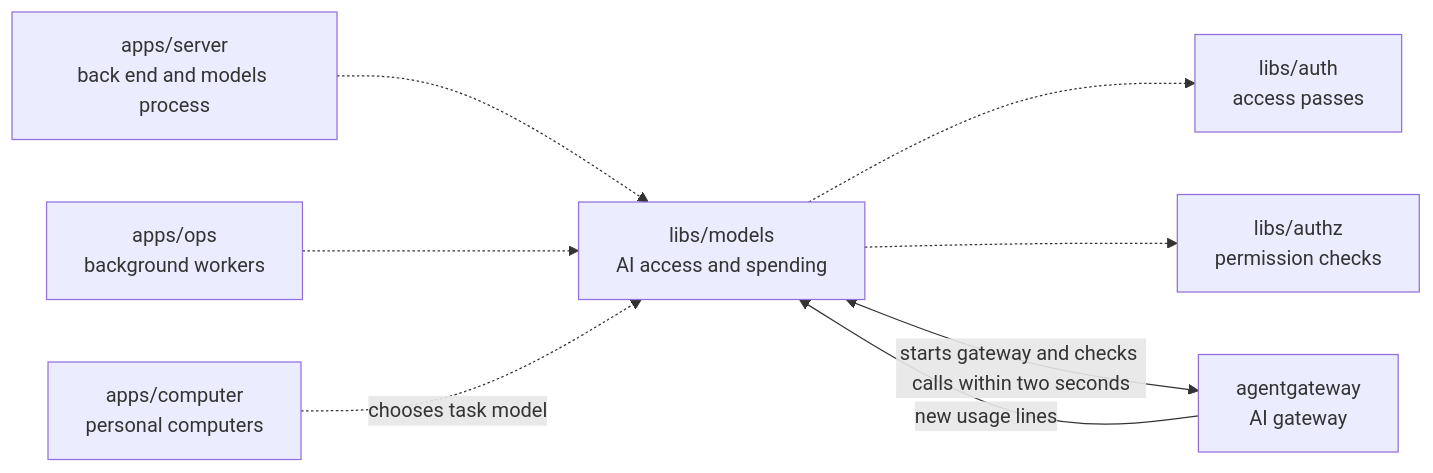
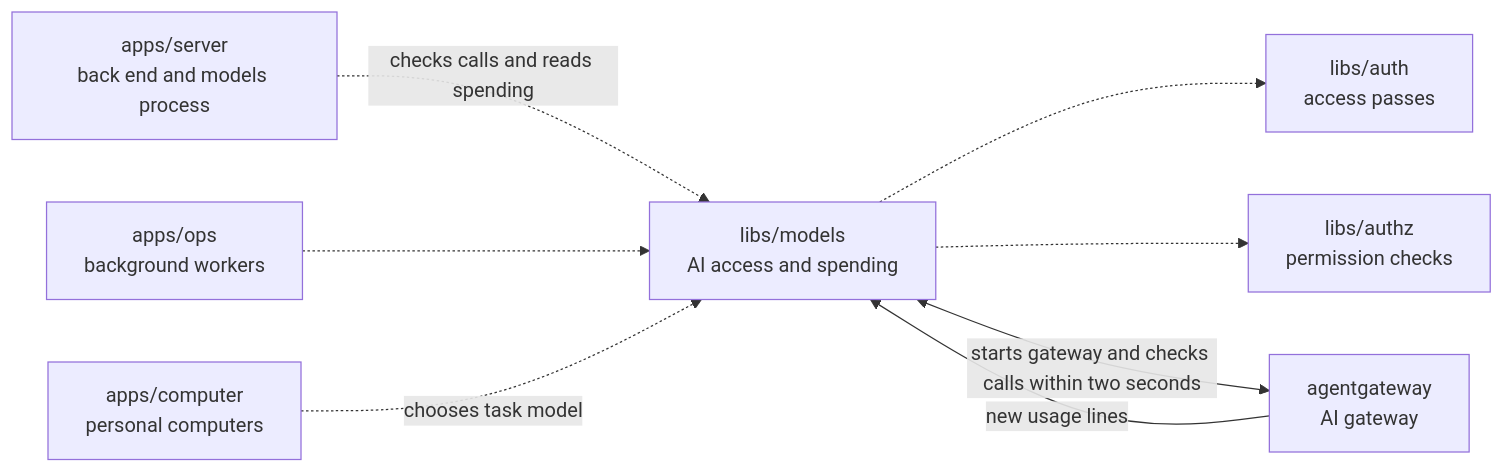
One commit to elewa-git/opencrane-new changed the diagram in libs/models/README.md. Above: the diagram before and after it, drawn with Mermaid. The commit also changed other lines of this file and 12 other files, not shown here.

Commit message:
🔧 Keep Spending reads independent of chat history.

````diff
--- a/libs/models/README.md
+++ b/libs/models/README.md
@@ -11,10 +11,10 @@
 ```mermaid
 flowchart LR
-  server["apps/server<br/>back end and models process"] -.-> models["libs/models<br/>AI access and spending"]
+  server["apps/server<br/>back end and models process"] -.->|checks calls and reads spending| models["libs/models<br/>AI access and spending"]
   ops["apps/ops<br/>background workers"] -.-> models
   computer["apps/computer<br/>personal computers"] -.->|chooses task model| models
   models -.-> auth["libs/auth<br/>access passes"]
   models -.-> authz["libs/authz<br/>permission checks"]
   models <-->|starts gateway and checks calls within two seconds| gateway["agentgateway<br/>AI gateway"]
   gateway -->|new usage lines| models
 ```
````
